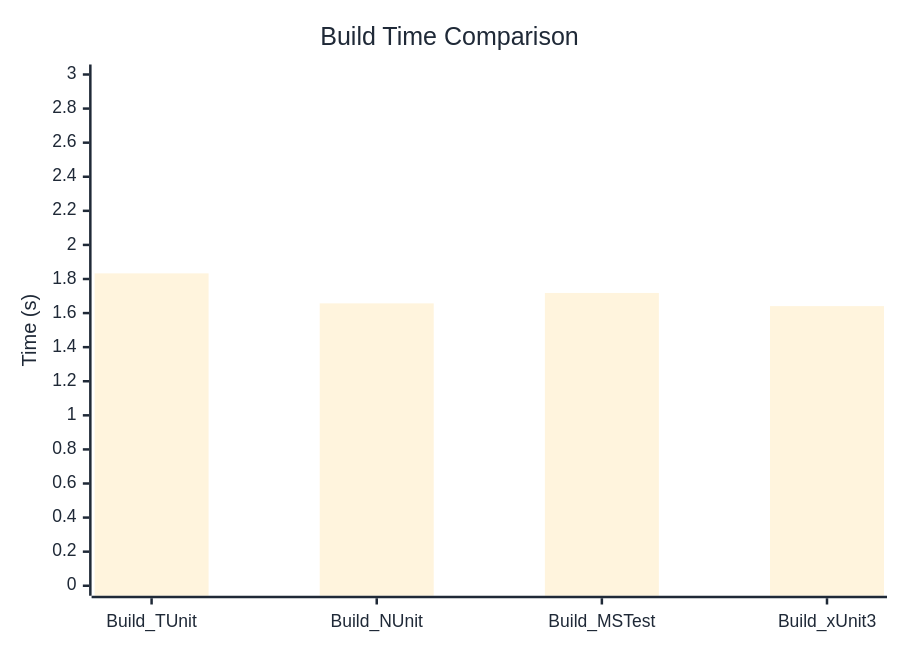
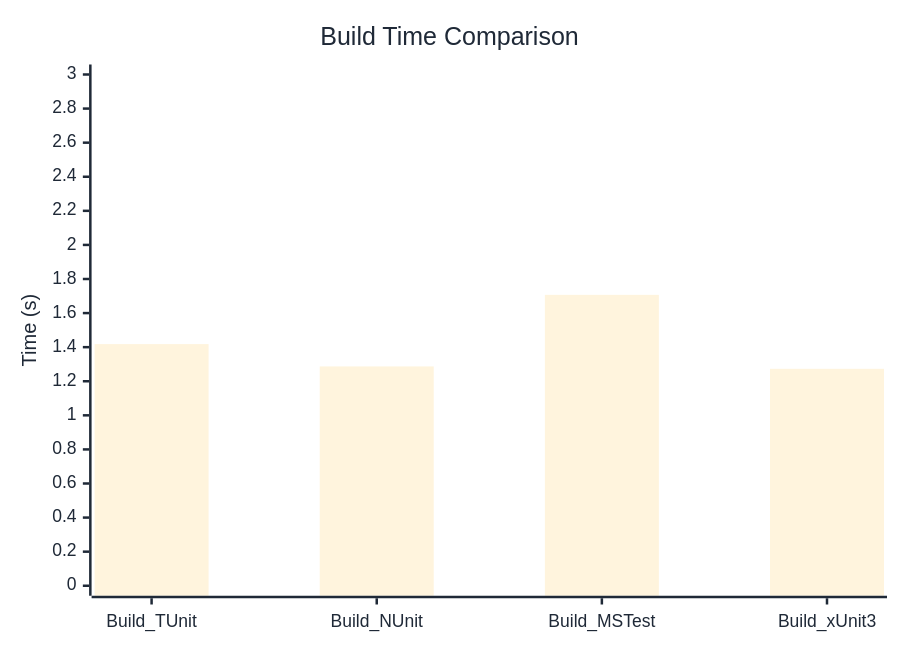
One commit to weiyilai/TUnit changed the diagram in docs/docs/benchmarks/BuildTime.md. Above: the diagram before and after it, drawn with Mermaid. The commit also changed other lines of this file and 17 other files, not shown here.

````diff
--- a/docs/docs/benchmarks/BuildTime.md
+++ b/docs/docs/benchmarks/BuildTime.md
@@ -28,37 +28,37 @@
 ```mermaid
 %%{init: {
   'theme':'base',
   'themeVariables': {
     'primaryColor': '#2563eb',
     'primaryTextColor': '#1f2937',
     'primaryBorderColor': '#1e40af',
     'lineColor': '#6b7280',
     'secondaryColor': '#7c3aed',
     'tertiaryColor': '#dc2626',
     'background': '#ffffff',
     'mainBkg': '#2563eb',
     'secondBkg': '#7c3aed',
     'tertiaryBkg': '#dc2626',
     'clusterBkg': '#f3f4f6',
     'edgeLabelBackground': '#ffffff',
     'tertiaryTextColor': '#1f2937',
     'pie1': '#2563eb',
     'pie2': '#7c3aed',
     'pie3': '#dc2626',
     'pie4': '#f59e0b',
     'pie5': '#10b981',
     'pie6': '#06b6d4',
     'pie7': '#ec4899',
     'pie8': '#6366f1',
     'pie9': '#84cc16',
     'pie10': '#f97316',
     'pie11': '#14b8a6',
     'pie12': '#a855f7'
   }
 }}%%
 xychart-beta
   title "Build Time Comparison"
   x-axis ["Build_TUnit", "Build_NUnit", "Build_MSTest", "Build_xUnit3"]
   y-axis "Time (s)" 0 --> 3
-  bar [1.833, 1.657, 1.718, 1.641]
+  bar [1.418, 1.287, 1.707, 1.273]
 ```
````
